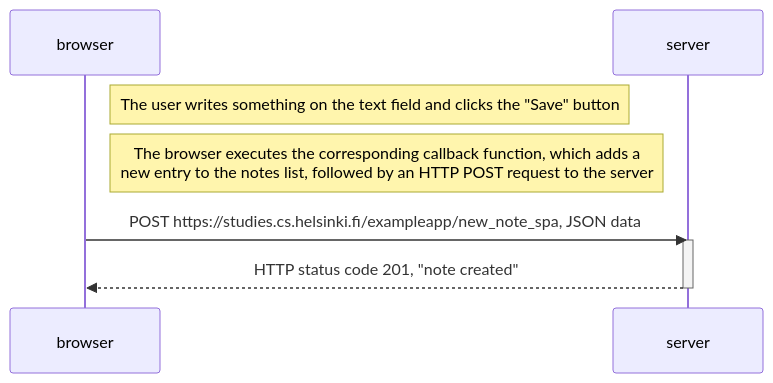
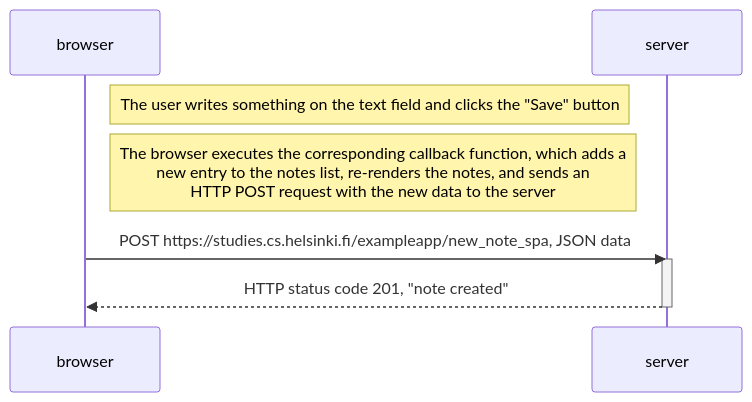
The diagram in part0/0.6_new_note_in_single_page_app_diagram.md (joaquinito/fullstackopen), drawn with Mermaid before and after one commit.

Commit message:
Small improvement on the diagram of 0.6

````diff
--- a/part0/0.6_new_note_in_single_page_app_diagram.md
+++ b/part0/0.6_new_note_in_single_page_app_diagram.md
@@ -3,15 +3,15 @@
 ```mermaid
 sequenceDiagram
     participant browser
     participant server
 
     Note right of browser: The user writes something on the text field and clicks the "Save" button
 
-    Note right of browser: The browser executes the corresponding callback function, which adds a <br>new entry to the notes list, followed by an HTTP POST request to the server
+    Note right of browser: The browser executes the corresponding callback function, which adds a <br>new entry to the notes list, re-renders the notes, and sends an <br> HTTP POST request with the new data to the server
 
     browser->>server: POST https://studies.cs.helsinki.fi/exampleapp/new_note_spa, JSON data
     activate server
     server-->>browser: HTTP status code 201, "note created"
     deactivate server
 
 ```
````
